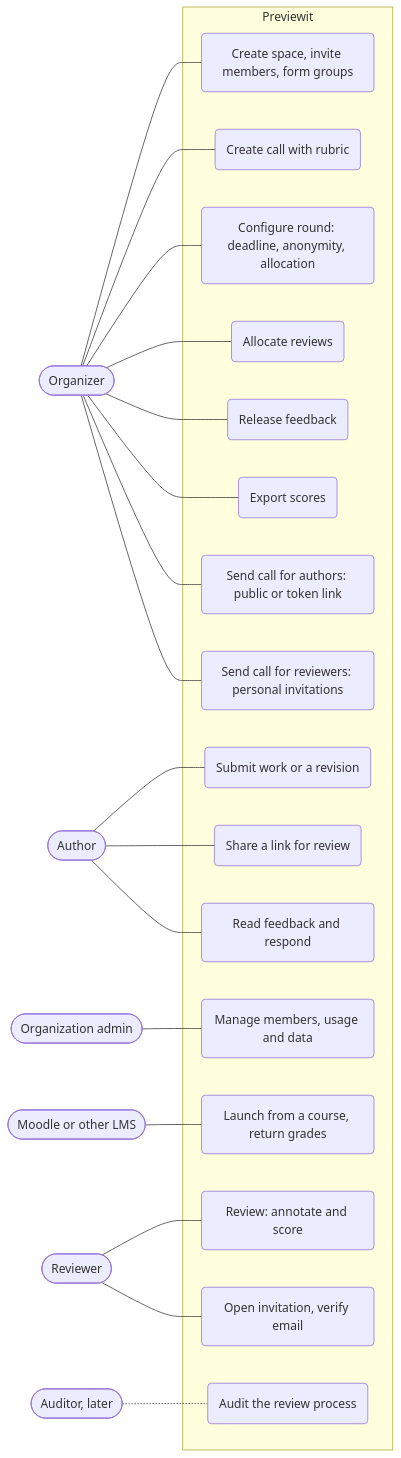
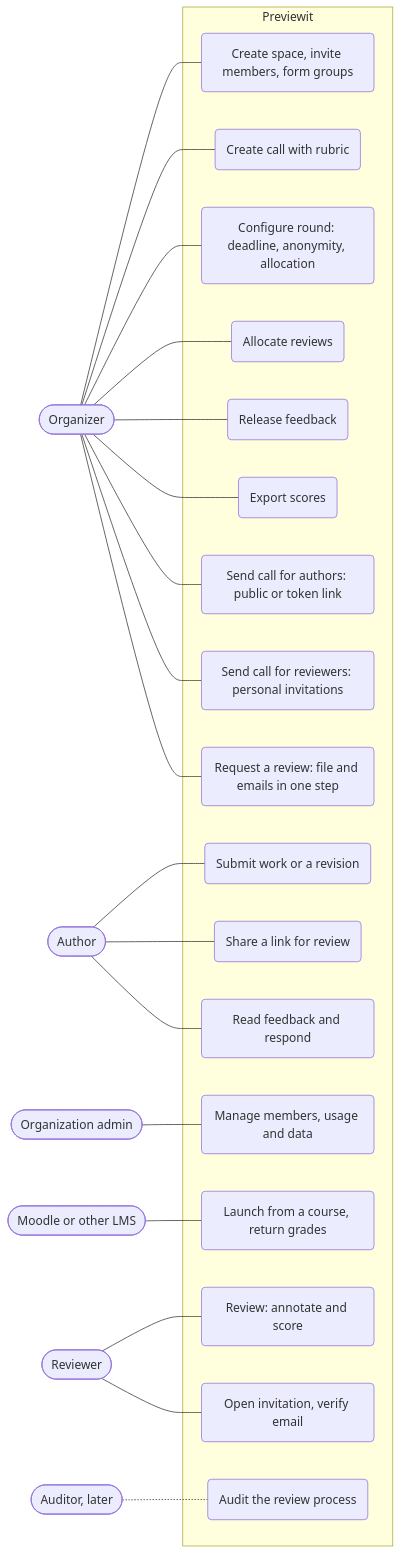
One commit to jaateixeira/prreview.it changed the diagram in docs/uml/use-cases.md. Above: the diagram before and after it, drawn with Mermaid. The commit also changed other lines of this file and 22 other files, not shown here.

First line of the commit message:
Request a review in one step (ADR 0018)

````diff
--- a/docs/uml/use-cases.md
+++ b/docs/uml/use-cases.md
@@ -5,35 +5,36 @@
 ```mermaid
 flowchart LR
     ORG([Organizer])
     AUT([Author])
     REV([Reviewer])
     AUD([Auditor, later])
     ADM([Organization admin])
     LMS([Moodle or other LMS])
 
     subgraph Previewit
         UC1("Create space, invite members, form groups")
         UC2("Create call with rubric")
         UC3("Configure round: deadline, anonymity, allocation")
         UC4("Allocate reviews")
         UC5("Release feedback")
         UC6("Export scores")
         UC7("Submit work or a revision")
         UC8("Share a link for review")
         UC9("Read feedback and respond")
         UC10("Review: annotate and score")
         UC11("Manage members, usage and data")
         UC12("Launch from a course, return grades")
         UC13("Send call for authors: public or token link")
         UC14("Send call for reviewers: personal invitations")
         UC15("Open invitation, verify email")
         UC16("Audit the review process")
+        UC17("Request a review: file and emails in one step")
     end
 
-    ORG --- UC1 & UC2 & UC3 & UC4 & UC5 & UC6 & UC13 & UC14
+    ORG --- UC1 & UC2 & UC3 & UC4 & UC5 & UC6 & UC13 & UC14 & UC17
     AUT --- UC7 & UC8 & UC9
     REV --- UC10 & UC15
     AUD -.- UC16
     ADM --- UC11
     LMS --- UC12
 ```
````
